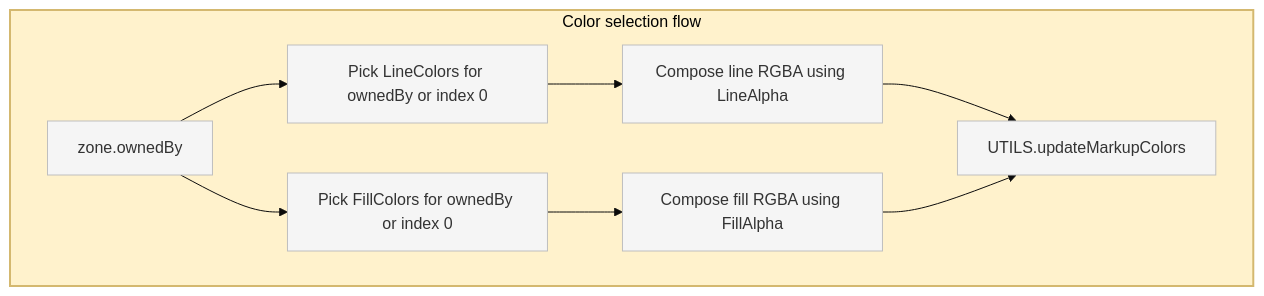
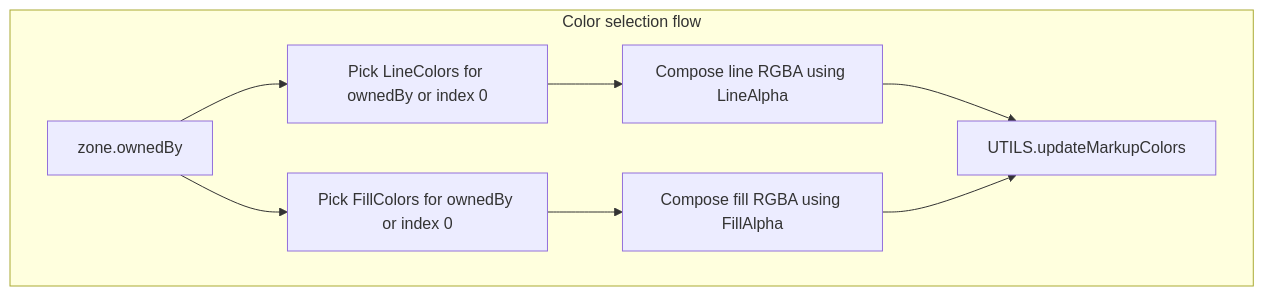
One commit to Gh0st352/AETHR changed the first of 4 diagrams in docs/config/zone_paint_and_bounds.md. Above: the diagram before and after it, drawn with Mermaid. The commit also changed other lines of this file and 8 other files, not shown here.

First line of the commit message:
docs(config): standardize Mermaid themes and class names

````diff
--- a/docs/config/zone_paint_and_bounds.md
+++ b/docs/config/zone_paint_and_bounds.md
@@ -42,16 +42,14 @@
 ```mermaid
-%%{init: {"theme":"base", "themeVariables":{"primaryColor":"#f5f5f5"}}}%%
+%% shared theme: docs/_mermaid/theme.json %%
 flowchart TB
-  subgraph COLOR_FLOW [Color selection flow]
-    style COLOR_FLOW fill:#fff2cc,stroke:#d4b86f,stroke-width:2px
+  subgraph COLOR_FLOW["Color selection flow"]
     OWN[zone.ownedBy] --> LC[Pick LineColors for ownedBy or index 0]
     OWN --> FC[Pick FillColors for ownedBy or index 0]
     LC --> LRGBA[Compose line RGBA using LineAlpha]
     FC --> FRGBA[Compose fill RGBA using FillAlpha]
     LRGBA --> APPLY[UTILS.updateMarkupColors]
     FRGBA --> APPLY
   end
 
-  classDef node fill:#f5f5f5,stroke:#bfbfbf,stroke-width:1px
-  class OWN,LC,FC,LRGBA,FRGBA,APPLY node
+  class OWN,LC,FC,LRGBA,FRGBA,APPLY class_step;
 ```
````
